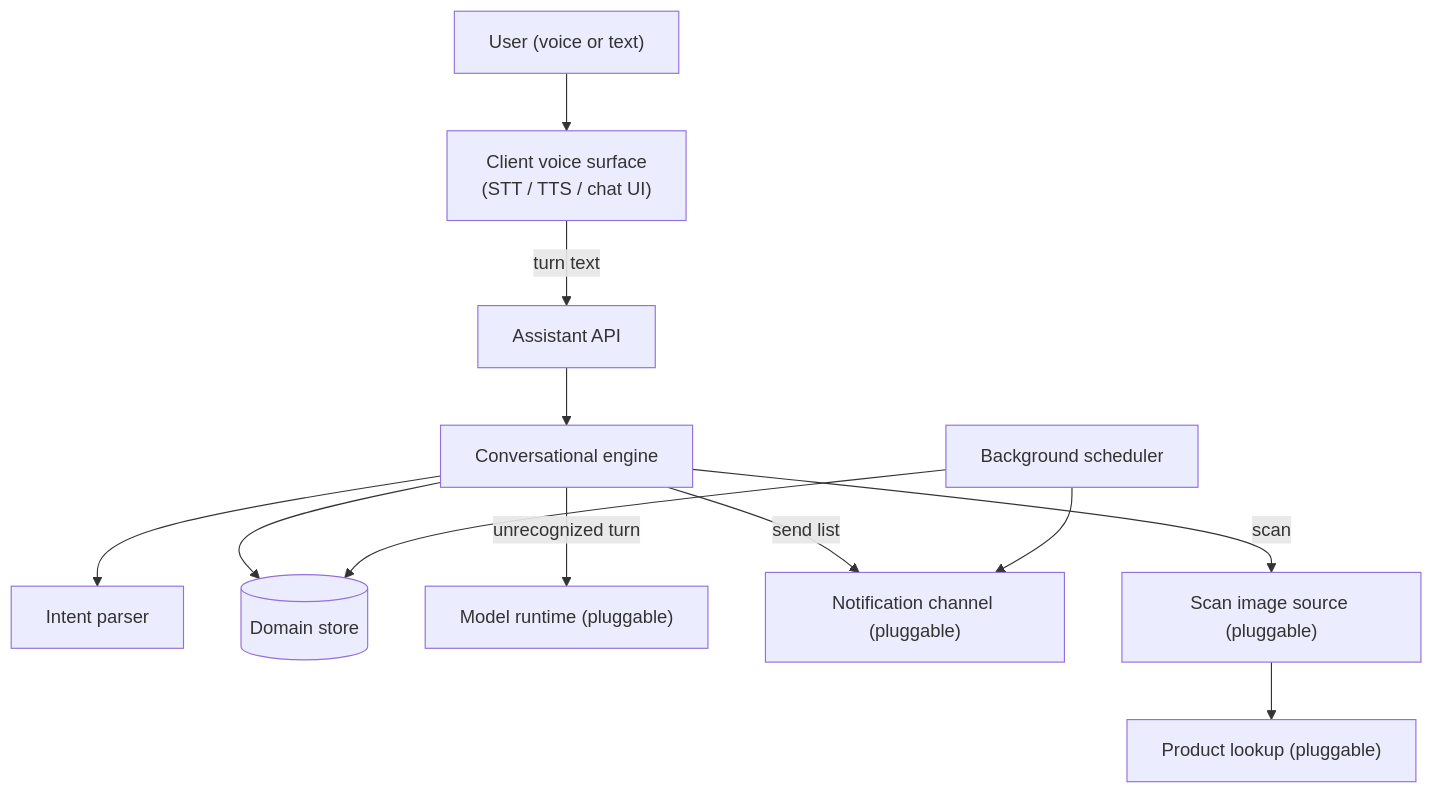
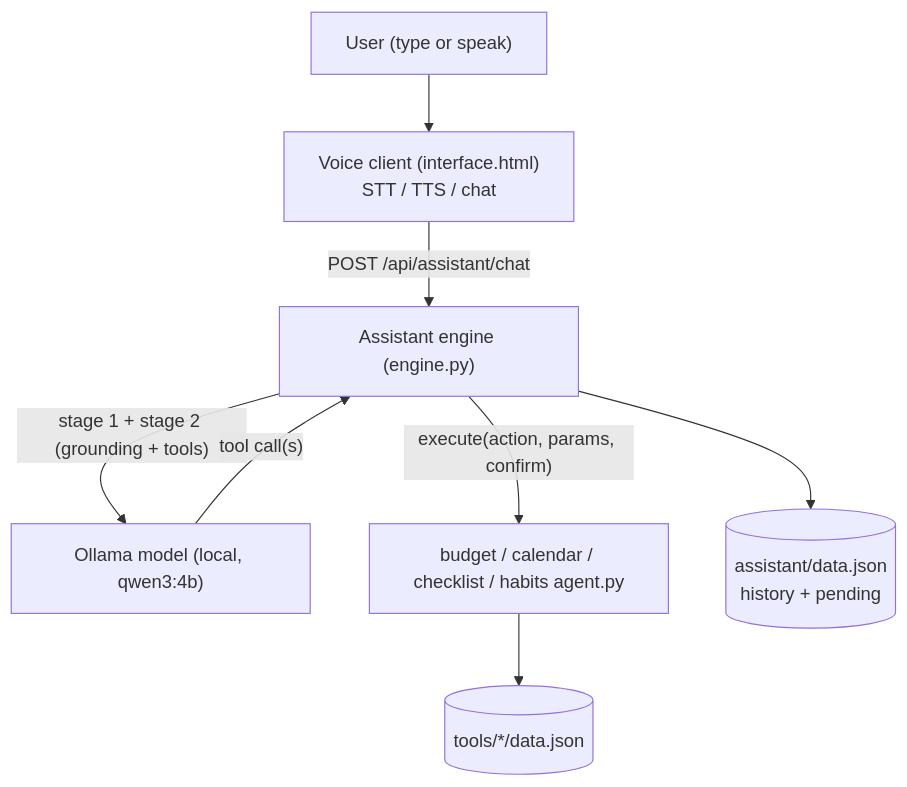
Before and after one commit to tsaristov/business_suite: the diagram in assistant/output.md, drawn with Mermaid. The commit also changed other lines of this file and 5 other files, not shown here.

````diff
--- a/assistant/output.md
+++ b/assistant/output.md
@@ -94,14 +82,10 @@
 ```mermaid
 flowchart TD
-    U["User (voice or text)"] --> CLIENT["Client voice surface\n(STT / TTS / chat UI)"]
-    CLIENT -->|"turn text"| API["Assistant API"]
-    API --> ENGINE["Conversational engine"]
-    ENGINE --> PARSER["Intent parser"]
-    ENGINE --> STORE[("Domain store")]
-    ENGINE -->|"unrecognized turn"| MODEL["Model runtime (pluggable)"]
-    ENGINE -->|"send list"| NOTIFY["Notification channel (pluggable)"]
-    ENGINE -->|"scan"| SCAN["Scan image source (pluggable)"]
-    SCAN --> LOOKUP["Product lookup (pluggable)"]
-    SCHED["Background scheduler"] --> STORE
-    SCHED --> NOTIFY
+    U["User (type or speak)"] --> UI["Voice client (interface.html)\nSTT / TTS / chat"]
+    UI -->|"POST /api/assistant/chat"| ENGINE["Assistant engine (engine.py)"]
+    ENGINE -->|"stage 1 + stage 2 (grounding + tools)"| OLLAMA["Ollama model (local, qwen3:4b)"]
+    OLLAMA -->|"tool call(s)"| ENGINE
+    ENGINE -->|"execute(action, params, confirm)"| AG["budget / calendar / checklist / habits agent.py"]
+    AG --> STORES[("tools/*/data.json")]
+    ENGINE --> ASTORE[("assistant/data.json\nhistory + pending")]
 ```
````
